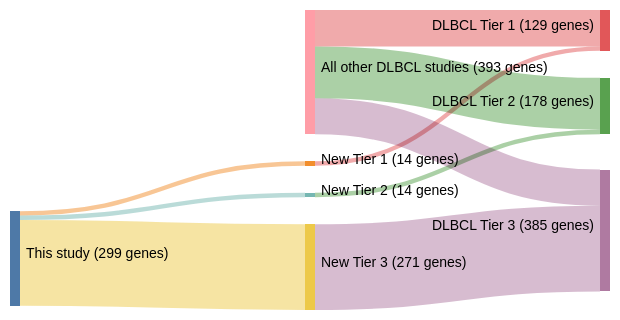
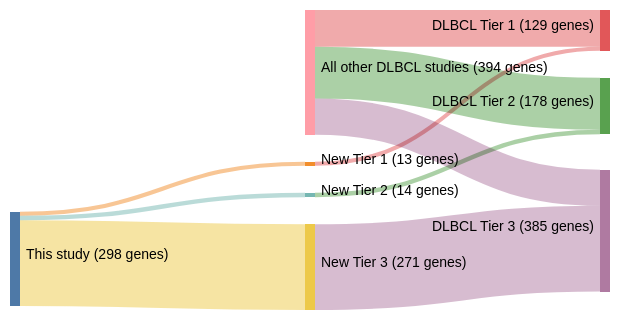
One commit to morinlab/lymphopedia changed the diagram in papers/zhangGeneticHeterogeneityDiffuse2013.md. Above: the diagram before and after it, drawn with Mermaid (forest theme). The commit also changed other lines of this file and 2 other files, not shown here.

````diff
--- a/papers/zhangGeneticHeterogeneityDiffuse2013.md
+++ b/papers/zhangGeneticHeterogeneityDiffuse2013.md
@@ -12,23 +12,23 @@
 ```mermaid
 ---
 config:
     sankey:
         showValues: true
         linkColor: target
         width: 600
         height: 300
         nodeAlignment: right
         prefix: '('
         suffix: ' genes)'
 ---
 sankey-beta
-This study, New Tier 1, 14
-New Tier 1, DLBCL Tier 1, 14
+This study, New Tier 1, 13
+New Tier 1, DLBCL Tier 1, 13
 This study, New Tier 2, 14
 New Tier 2, DLBCL Tier 2, 14
 This study, New Tier 3, 271
 New Tier 3, DLBCL Tier 3, 271
-All other DLBCL studies, DLBCL Tier 1, 115
+All other DLBCL studies, DLBCL Tier 1, 116
 All other DLBCL studies, DLBCL Tier 2, 164
 All other DLBCL studies, DLBCL Tier 3, 114
 ```
````
